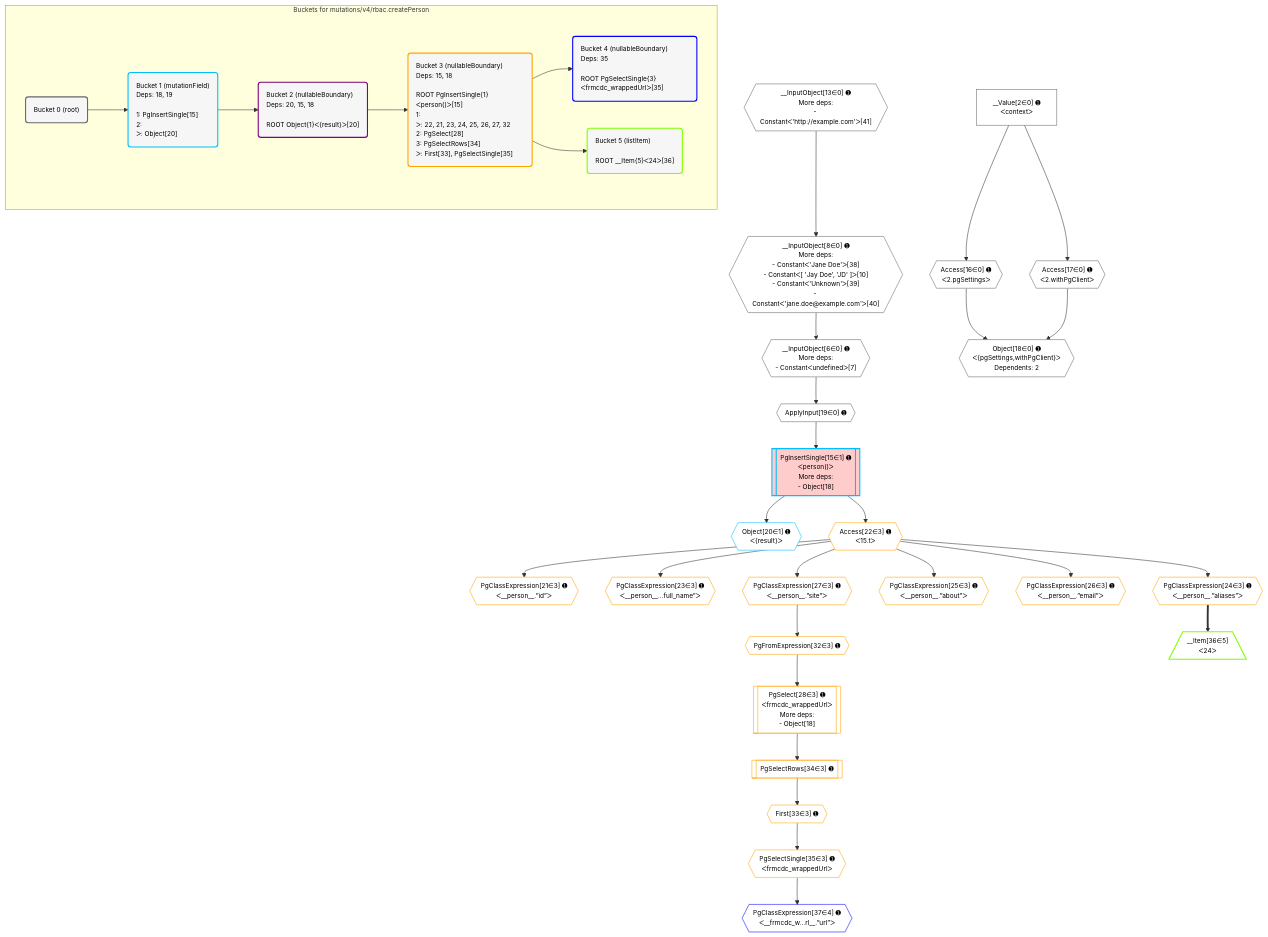
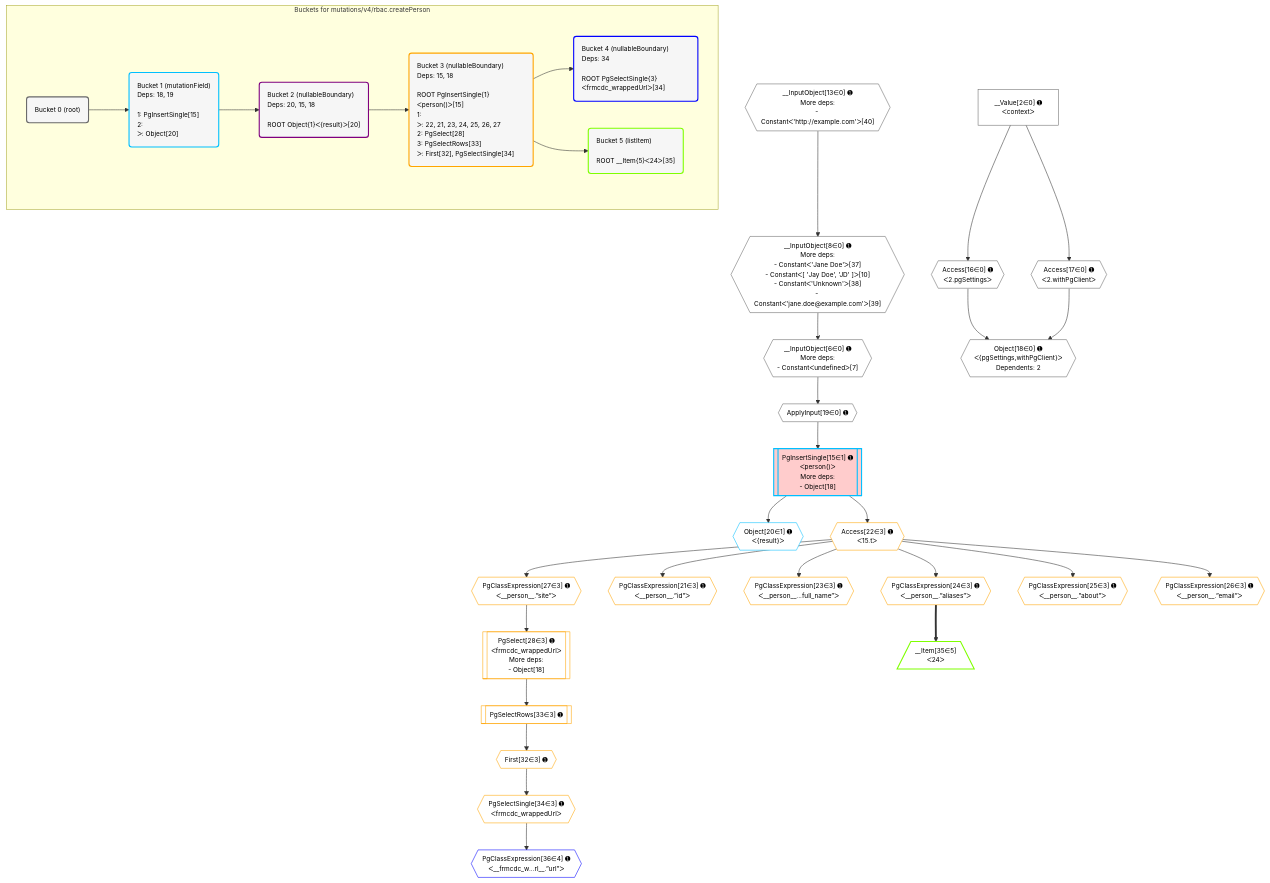
The diagram in postgraphile/postgraphile/__tests__/mutations/v4/rbac.createPerson.mermaid (graphile/crystal), drawn with Mermaid before and after one commit. The commit also changed 17 other files, not shown here.

Commit message:
Update plan diagrams

```diff
--- a/postgraphile/postgraphile/__tests__/mutations/v4/rbac.createPerson.mermaid
+++ b/postgraphile/postgraphile/__tests__/mutations/v4/rbac.createPerson.mermaid
@@ -1,83 +1,81 @@
 %%{init: {'themeVariables': { 'fontSize': '12px'}}}%%
 graph TD
     classDef path fill:#eee,stroke:#000,color:#000
     classDef plan fill:#fff,stroke-width:1px,color:#000
     classDef itemplan fill:#fff,stroke-width:2px,color:#000
     classDef unbatchedplan fill:#dff,stroke-width:1px,color:#000
     classDef sideeffectplan fill:#fcc,stroke-width:2px,color:#000
     classDef bucket fill:#f6f6f6,color:#000,stroke-width:2px,text-align:left
 
     subgraph "Buckets for mutations/v4/rbac.createPerson"
     Bucket0("Bucket 0 (root)"):::bucket
     Bucket1("Bucket 1 (mutationField)<br />Deps: 18, 19<br /><br />1: PgInsertSingle[15]<br />2: <br />ᐳ: Object[20]"):::bucket
     Bucket2("Bucket 2 (nullableBoundary)<br />Deps: 20, 15, 18<br /><br />ROOT Object{1}ᐸ{result}ᐳ[20]"):::bucket
-    Bucket3("Bucket 3 (nullableBoundary)<br />Deps: 15, 18<br /><br />ROOT PgInsertSingle{1}ᐸperson()ᐳ[15]<br />1: <br />ᐳ: 22, 21, 23, 24, 25, 26, 27, 32<br />2: PgSelect[28]<br />3: PgSelectRows[34]<br />ᐳ: First[33], PgSelectSingle[35]"):::bucket
-    Bucket4("Bucket 4 (nullableBoundary)<br />Deps: 35<br /><br />ROOT PgSelectSingle{3}ᐸfrmcdc_wrappedUrlᐳ[35]"):::bucket
-    Bucket5("Bucket 5 (listItem)<br /><br />ROOT __Item{5}ᐸ24ᐳ[36]"):::bucket
+    Bucket3("Bucket 3 (nullableBoundary)<br />Deps: 15, 18<br /><br />ROOT PgInsertSingle{1}ᐸperson()ᐳ[15]<br />1: <br />ᐳ: 22, 21, 23, 24, 25, 26, 27<br />2: PgSelect[28]<br />3: PgSelectRows[33]<br />ᐳ: First[32], PgSelectSingle[34]"):::bucket
+    Bucket4("Bucket 4 (nullableBoundary)<br />Deps: 34<br /><br />ROOT PgSelectSingle{3}ᐸfrmcdc_wrappedUrlᐳ[34]"):::bucket
+    Bucket5("Bucket 5 (listItem)<br /><br />ROOT __Item{5}ᐸ24ᐳ[35]"):::bucket
     end
     Bucket0 --> Bucket1
     Bucket1 --> Bucket2
     Bucket2 --> Bucket3
     Bucket3 --> Bucket4 & Bucket5
 
     %% plan dependencies
-    __InputObject8{{"__InputObject[8∈0] ➊<br />More deps:<br />- Constantᐸ'Jane Doe'ᐳ[38]<br />- Constantᐸ[ 'Jay Doe', 'JD' ]ᐳ[10]<br />- Constantᐸ'Unknown'ᐳ[39]<br />- Constantᐸ'jane.doe@example.com'ᐳ[40]"}}:::plan
-    __InputObject13{{"__InputObject[13∈0] ➊<br />More deps:<br />- Constantᐸ'http://example.com'ᐳ[41]"}}:::plan
+    __InputObject8{{"__InputObject[8∈0] ➊<br />More deps:<br />- Constantᐸ'Jane Doe'ᐳ[37]<br />- Constantᐸ[ 'Jay Doe', 'JD' ]ᐳ[10]<br />- Constantᐸ'Unknown'ᐳ[38]<br />- Constantᐸ'jane.doe@example.com'ᐳ[39]"}}:::plan
+    __InputObject13{{"__InputObject[13∈0] ➊<br />More deps:<br />- Constantᐸ'http://example.com'ᐳ[40]"}}:::plan
     __InputObject13 --> __InputObject8
     __InputObject6{{"__InputObject[6∈0] ➊<br />More deps:<br />- Constantᐸundefinedᐳ[7]"}}:::plan
     __InputObject8 --> __InputObject6
     Object18{{"Object[18∈0] ➊<br />ᐸ{pgSettings,withPgClient}ᐳ<br />Dependents: 2"}}:::plan
     Access16{{"Access[16∈0] ➊<br />ᐸ2.pgSettingsᐳ"}}:::plan
     Access17{{"Access[17∈0] ➊<br />ᐸ2.withPgClientᐳ"}}:::plan
     Access16 & Access17 --> Object18
     __Value2["__Value[2∈0] ➊<br />ᐸcontextᐳ"]:::plan
     __Value2 --> Access16
     __Value2 --> Access17
     ApplyInput19{{"ApplyInput[19∈0] ➊"}}:::plan
     __InputObject6 --> ApplyInput19
     PgInsertSingle15[["PgInsertSingle[15∈1] ➊<br />ᐸperson()ᐳ<br />More deps:<br />- Object[18]"]]:::sideeffectplan
     ApplyInput19 --> PgInsertSingle15
     Object20{{"Object[20∈1] ➊<br />ᐸ{result}ᐳ"}}:::plan
     PgInsertSingle15 --> Object20
     PgSelect28[["PgSelect[28∈3] ➊<br />ᐸfrmcdc_wrappedUrlᐳ<br />More deps:<br />- Object[18]"]]:::plan
-    PgFromExpression32{{"PgFromExpression[32∈3] ➊"}}:::plan
-    PgFromExpression32 --> PgSelect28
+    PgClassExpression27{{"PgClassExpression[27∈3] ➊<br />ᐸ__person__.”site”ᐳ"}}:::plan
+    PgClassExpression27 --> PgSelect28
     PgClassExpression21{{"PgClassExpression[21∈3] ➊<br />ᐸ__person__.”id”ᐳ"}}:::plan
     Access22{{"Access[22∈3] ➊<br />ᐸ15.tᐳ"}}:::plan
     Access22 --> PgClassExpression21
     PgInsertSingle15 --> Access22
     PgClassExpression23{{"PgClassExpression[23∈3] ➊<br />ᐸ__person__...full_name”ᐳ"}}:::plan
     Access22 --> PgClassExpression23
     PgClassExpression24{{"PgClassExpression[24∈3] ➊<br />ᐸ__person__.”aliases”ᐳ"}}:::plan
     Access22 --> PgClassExpression24
     PgClassExpression25{{"PgClassExpression[25∈3] ➊<br />ᐸ__person__.”about”ᐳ"}}:::plan
     Access22 --> PgClassExpression25
     PgClassExpression26{{"PgClassExpression[26∈3] ➊<br />ᐸ__person__.”email”ᐳ"}}:::plan
     Access22 --> PgClassExpression26
-    PgClassExpression27{{"PgClassExpression[27∈3] ➊<br />ᐸ__person__.”site”ᐳ"}}:::plan
     Access22 --> PgClassExpression27
-    PgClassExpression27 --> PgFromExpression32
-    First33{{"First[33∈3] ➊"}}:::plan
-    PgSelectRows34[["PgSelectRows[34∈3] ➊"]]:::plan
-    PgSelectRows34 --> First33
-    PgSelect28 --> PgSelectRows34
-    PgSelectSingle35{{"PgSelectSingle[35∈3] ➊<br />ᐸfrmcdc_wrappedUrlᐳ"}}:::plan
-    First33 --> PgSelectSingle35
-    PgClassExpression37{{"PgClassExpression[37∈4] ➊<br />ᐸ__frmcdc_w...rl__.”url”ᐳ"}}:::plan
-    PgSelectSingle35 --> PgClassExpression37
-    __Item36[/"__Item[36∈5]<br />ᐸ24ᐳ"\]:::itemplan
-    PgClassExpression24 ==> __Item36
+    First32{{"First[32∈3] ➊"}}:::plan
+    PgSelectRows33[["PgSelectRows[33∈3] ➊"]]:::plan
+    PgSelectRows33 --> First32
+    PgSelect28 --> PgSelectRows33
+    PgSelectSingle34{{"PgSelectSingle[34∈3] ➊<br />ᐸfrmcdc_wrappedUrlᐳ"}}:::plan
+    First32 --> PgSelectSingle34
+    PgClassExpression36{{"PgClassExpression[36∈4] ➊<br />ᐸ__frmcdc_w...rl__.”url”ᐳ"}}:::plan
+    PgSelectSingle34 --> PgClassExpression36
+    __Item35[/"__Item[35∈5]<br />ᐸ24ᐳ"\]:::itemplan
+    PgClassExpression24 ==> __Item35
 
     %% define steps
     classDef bucket0 stroke:#696969
     class Bucket0,__Value2,__InputObject6,__InputObject8,__InputObject13,Access16,Access17,Object18,ApplyInput19 bucket0
     classDef bucket1 stroke:#00bfff
     class Bucket1,PgInsertSingle15,Object20 bucket1
     classDef bucket2 stroke:#7f007f
     class Bucket2 bucket2
     classDef bucket3 stroke:#ffa500
-    class Bucket3,PgClassExpression21,Access22,PgClassExpression23,PgClassExpression24,PgClassExpression25,PgClassExpression26,PgClassExpression27,PgSelect28,PgFromExpression32,First33,PgSelectRows34,PgSelectSingle35 bucket3
+    class Bucket3,PgClassExpression21,Access22,PgClassExpression23,PgClassExpression24,PgClassExpression25,PgClassExpression26,PgClassExpression27,PgSelect28,First32,PgSelectRows33,PgSelectSingle34 bucket3
     classDef bucket4 stroke:#0000ff
-    class Bucket4,PgClassExpression37 bucket4
+    class Bucket4,PgClassExpression36 bucket4
     classDef bucket5 stroke:#7fff00
-    class Bucket5,__Item36 bucket5
+    class Bucket5,__Item35 bucket5
```
